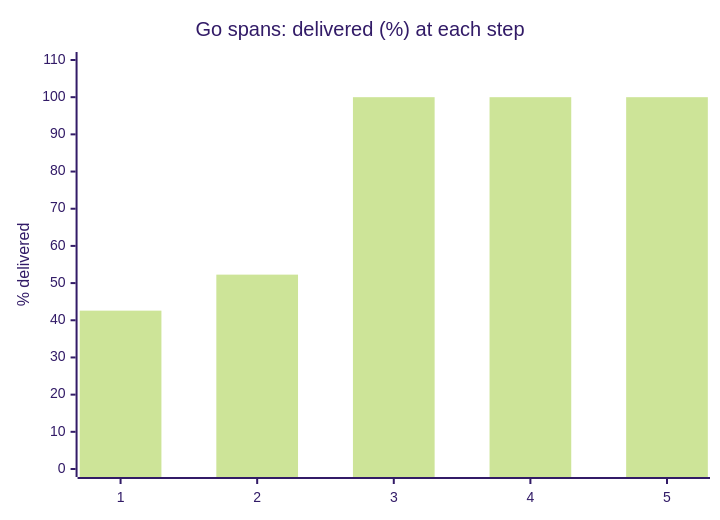
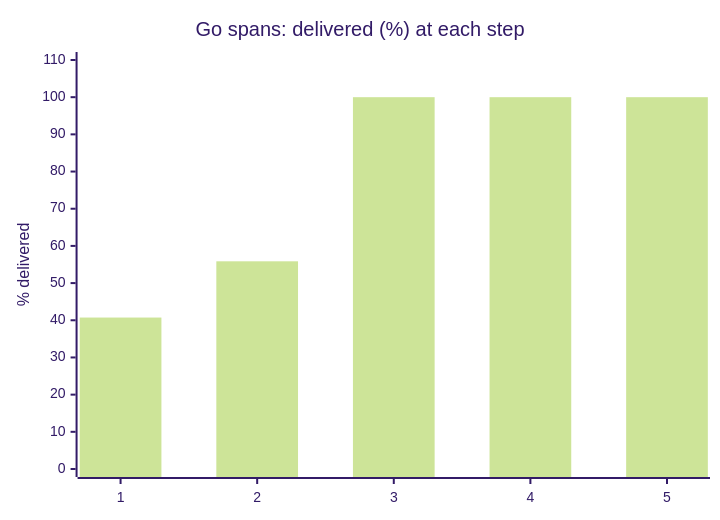
Before and after one commit to the-protobuf-project/telemetry: the fifth of 24 diagrams in docs/benchmark.md, drawn with Mermaid (forest theme). The commit also changed other lines of this file and 3 other files, not shown here.

````diff
--- a/docs/benchmark.md
+++ b/docs/benchmark.md
@@ -65,7 +65,7 @@
 ```mermaid
 xychart-beta
     title "Go spans: delivered (%) at each step"
     x-axis ["1", "2", "3", "4", "5"]
     y-axis "% delivered" 0 --> 110
-    bar [42.5909, 52.2752, 100, 100, 100]
+    bar [40.7326, 55.8592, 100, 100, 100]
 ```
````
